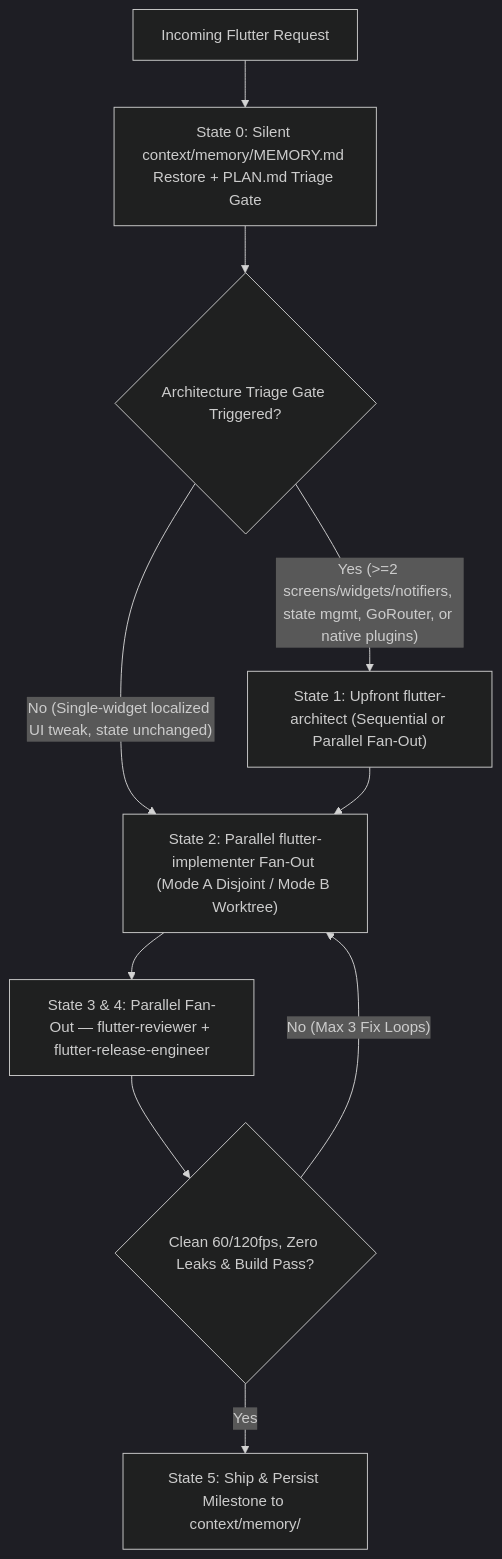
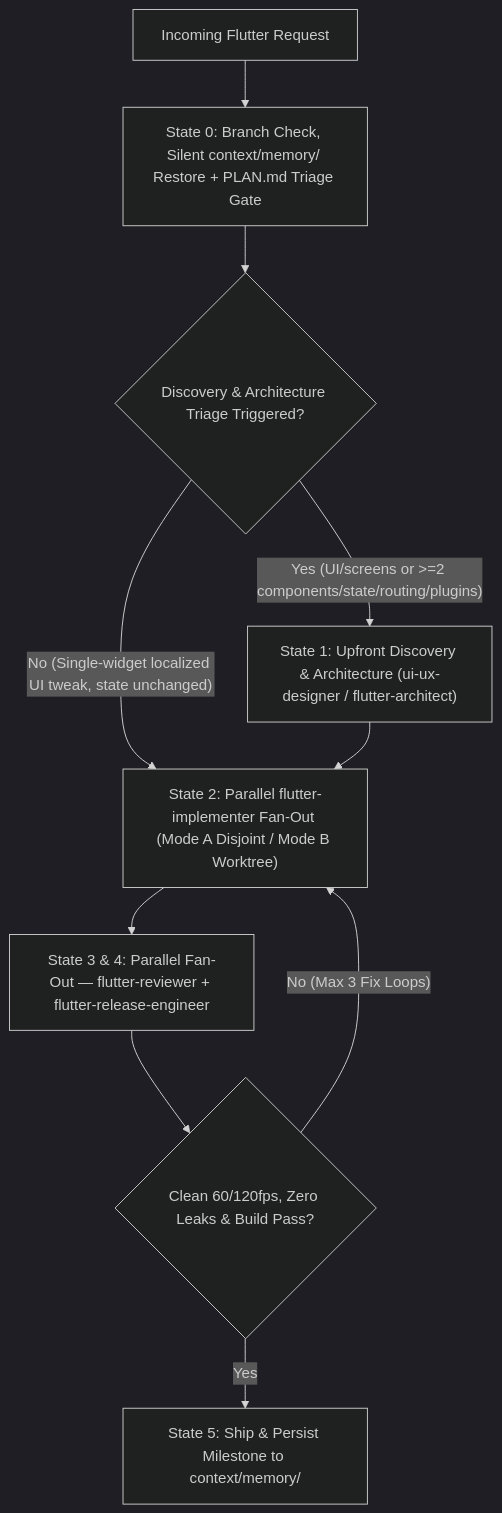
One commit to jggomez/expert-ai-developer-skills changed the diagram in plugins/antigravity/senior-dev-flutter/skills/flutter-senior-orchestration/SKILL.md. Above: the diagram before and after it, drawn with Mermaid (dark theme). The commit also changed other lines of this file and 25 other files, not shown here.

Commit message:
feat: replicate branch governance and flutter mobile ui-ux across domain plugins

````diff
--- a/plugins/antigravity/senior-dev-flutter/skills/flutter-senior-orchestration/SKILL.md
+++ b/plugins/antigravity/senior-dev-flutter/skills/flutter-senior-orchestration/SKILL.md
@@ -25,12 +25,12 @@
 ```mermaid
 flowchart TD
-    A["Incoming Flutter Request"] --> B["State 0: Silent context/memory/MEMORY.md Restore + PLAN.md Triage Gate"]
-    B --> C{"Architecture Triage Gate Triggered?"}
-    C -->|"Yes (>=2 screens/widgets/notifiers, state mgmt, GoRouter, or native plugins)"| D["State 1: Upfront flutter-architect (Sequential or Parallel Fan-Out)"]
+    A["Incoming Flutter Request"] --> B["State 0: Branch Check, Silent context/memory/ Restore + PLAN.md Triage Gate"]
+    B --> C{"Discovery & Architecture Triage Triggered?"}
+    C -->|"Yes (UI/screens or >=2 components/state/routing/plugins)"| D["State 1: Upfront Discovery & Architecture (ui-ux-designer / flutter-architect)"]
     C -->|"No (Single-widget localized UI tweak, state unchanged)"| E["State 2: Parallel flutter-implementer Fan-Out (Mode A Disjoint / Mode B Worktree)"]
     D --> E
     E --> F["State 3 & 4: Parallel Fan-Out — flutter-reviewer + flutter-release-engineer"]
     F --> G{"Clean 60/120fps, Zero Leaks & Build Pass?"}
     G -->|"No (Max 3 Fix Loops)"| E
     G -->|"Yes"| H["State 5: Ship & Persist Milestone to context/memory/"]
 ```
````
